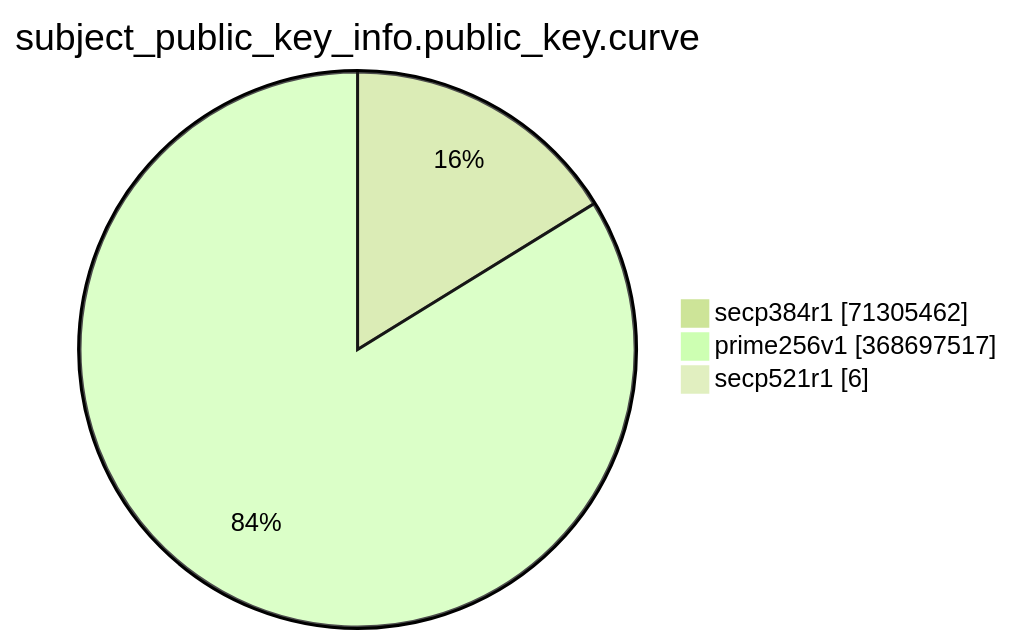
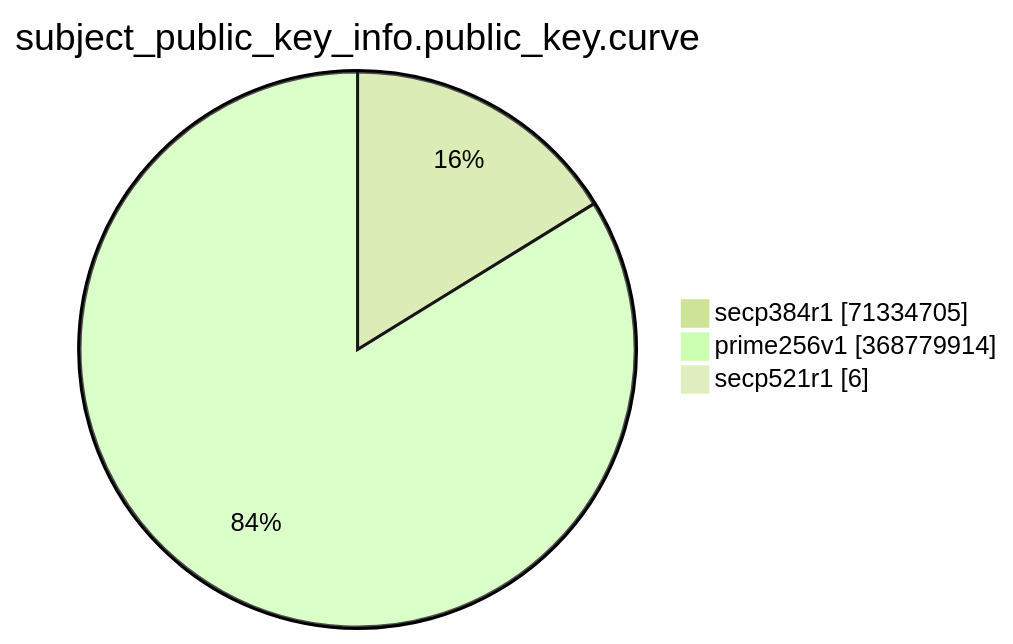
Before and after one commit to christiankrug/ctmonitor_visualization: the eighth of 15 diagrams in TOTAL/README.md, drawn with Mermaid (forest theme). The commit also changed other lines of this file, not shown here.

````diff
--- a/TOTAL/README.md
+++ b/TOTAL/README.md
@@ -3092,7 +3092,7 @@
 ```mermaid
 pie showData
 title subject_public_key_info.public_key.curve
-"secp384r1" :71305462
-"prime256v1" :368697517
+"secp384r1" :71334705
+"prime256v1" :368779914
 "secp521r1" :6
 ```
````
